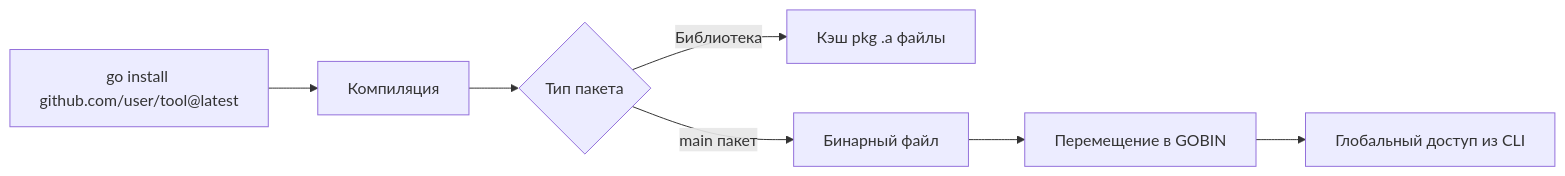
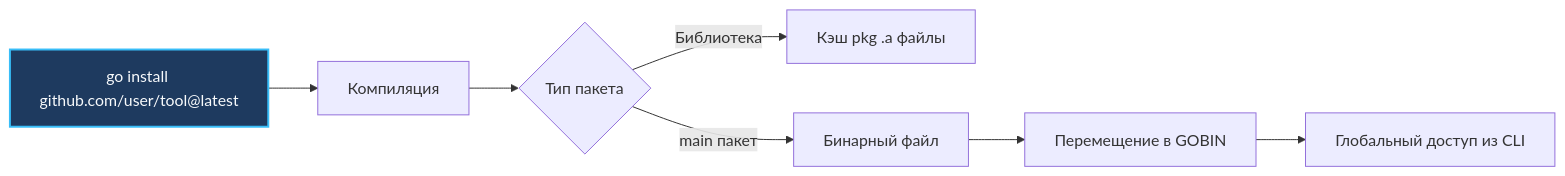
The diagram in sources/8. Инфраструктура языка, Тулинг и CI_CD/5. go install и установка CLI.md (UnrealTemplier/go-textbook), drawn with Mermaid before and after one commit. The commit also changed 1666 other files, not shown here.

First line of the commit message:
feat(mermaid): add semantic color classDef to 1369 colorless flowchart/graph diagrams

````diff
--- a/sources/8. Инфраструктура языка, Тулинг и CI_CD/5. go install и установка CLI.md
+++ b/sources/8. Инфраструктура языка, Тулинг и CI_CD/5. go install и установка CLI.md
@@ -14,9 +14,19 @@
 ```mermaid
 flowchart LR
-    A["go install github.com/user/tool@latest"] --> B["Компиляция"]
+    classDef process  fill:#1e293b,stroke:#38bdf8,stroke-width:1px,color:#f8fafc
+    classDef success  fill:#064e3b,stroke:#34d399,stroke-width:1px,color:#f8fafc
+    classDef error    fill:#7f1d1d,stroke:#f87171,stroke-width:1px,color:#f8fafc
+    classDef warning  fill:#78350f,stroke:#fbbf24,stroke-width:1px,color:#f8fafc
+    classDef entry    fill:#1e3a5f,stroke:#38bdf8,stroke-width:2px,color:#f8fafc
+    classDef aux      fill:#334155,stroke:#64748b,stroke-width:1px,color:#f8fafc
+    classDef system   fill:#312e81,stroke:#a78bfa,stroke-width:1px,color:#f8fafc
+    classDef data     fill:#132d29,stroke:#2dd4bf,stroke-width:1px,color:#f8fafc
+    classDef network  fill:#881337,stroke:#fb7185,stroke-width:1px,color:#f8fafc
+    classDef accent   fill:#1e1b4b,stroke:#818cf8,stroke-width:1px,color:#f8fafc
+    A["go install github.com/user/tool@latest"]:::entry --> B["Компиляция"]
     B --> C{"Тип пакета"}
     C -- Библиотека --> D["Кэш pkg .a файлы"]
     C -- main пакет --> E["Бинарный файл"]
     E --> F["Перемещение в GOBIN"]
     F --> G["Глобальный доступ из CLI"]
 ```
````
